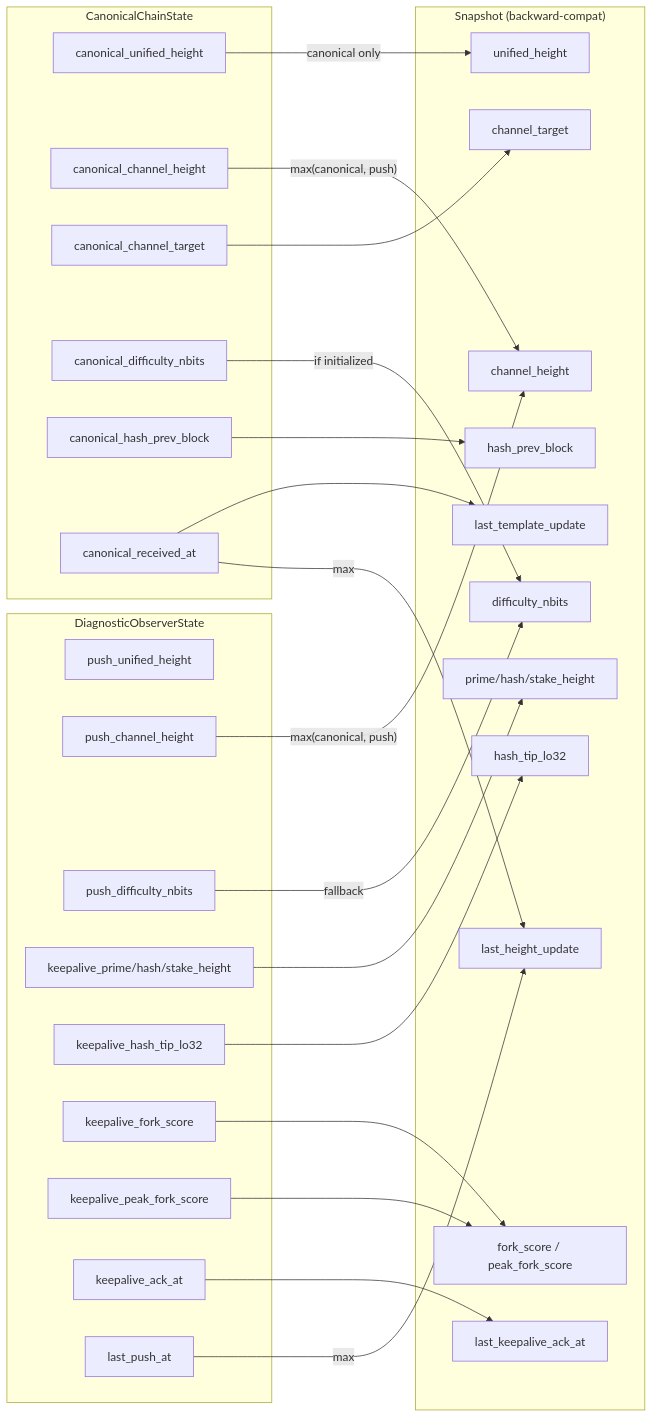
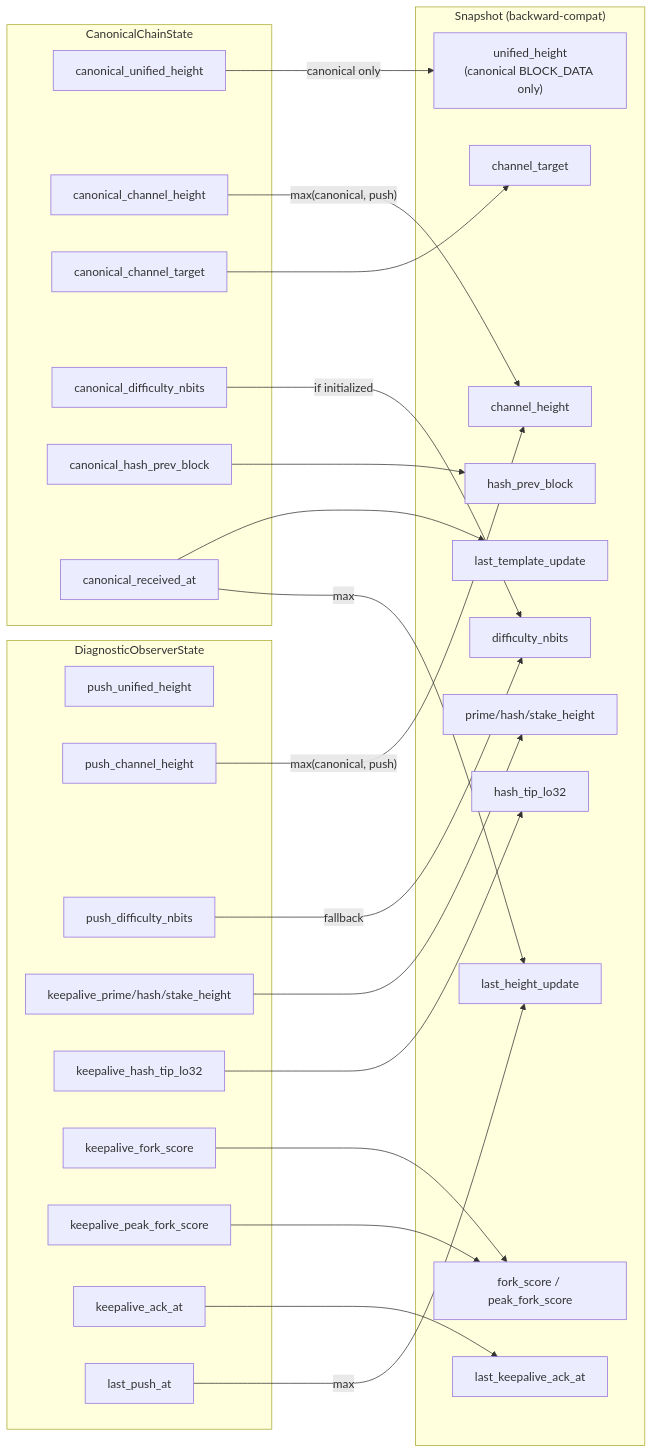
One commit to NamecoinGithub/NexusMiner changed the second of 6 diagrams in docs/diagrams/height-tracker-state-machine.md. Above: the diagram before and after it, drawn with Mermaid.

Commit message:
Clarify canonical unified diagram label
Agent-Logs-Url: https://github.com/NamecoinGithub/NexusMiner/sessions/4834a4e0-476a-4a0e-8864-0a76c076a846

````diff
--- a/docs/diagrams/height-tracker-state-machine.md
+++ b/docs/diagrams/height-tracker-state-machine.md
@@ -58,53 +58,53 @@
 ```mermaid
 flowchart LR
     subgraph CAN["CanonicalChainState"]
         C1["canonical_unified_height"]
         C2["canonical_channel_height"]
         C3["canonical_channel_target"]
         C4["canonical_difficulty_nbits"]
         C5["canonical_hash_prev_block"]
         C6["canonical_received_at"]
     end
 
     subgraph DIAG["DiagnosticObserverState"]
         D1["push_unified_height"]
         D2["push_channel_height"]
         D3["push_difficulty_nbits"]
         D4["keepalive_prime/hash/stake_height"]
         D5["keepalive_hash_tip_lo32"]
         D6["keepalive_fork_score"]
         D7["keepalive_peak_fork_score"]
         D8["keepalive_ack_at"]
         D9["last_push_at"]
     end
 
     subgraph SNAP["Snapshot (backward-compat)"]
-        S1["unified_height"]
+        S1["unified_height\n(canonical BLOCK_DATA only)"]
         S2["channel_height"]
         S3["difficulty_nbits"]
         S4["channel_target"]
         S5["hash_prev_block"]
         S6["prime/hash/stake_height"]
         S7["hash_tip_lo32"]
         S8["fork_score / peak_fork_score"]
         S9["last_keepalive_ack_at"]
         S10["last_template_update"]
         S11["last_height_update"]
     end
 
     C1 --> |"canonical only"| S1
     C2 --> |"max(canonical, push)"| S2
     D2 --> |"max(canonical, push)"| S2
     C4 --> |"if initialized"| S3
     D3 --> |"fallback"| S3
     C3 --> S4
     C5 --> S5
     D4 --> S6
     D5 --> S7
     D6 --> S8
     D7 --> S8
     D8 --> S9
     C6 --> S10
     C6 --> |"max"| S11
     D9 --> |"max"| S11
 ```
````
